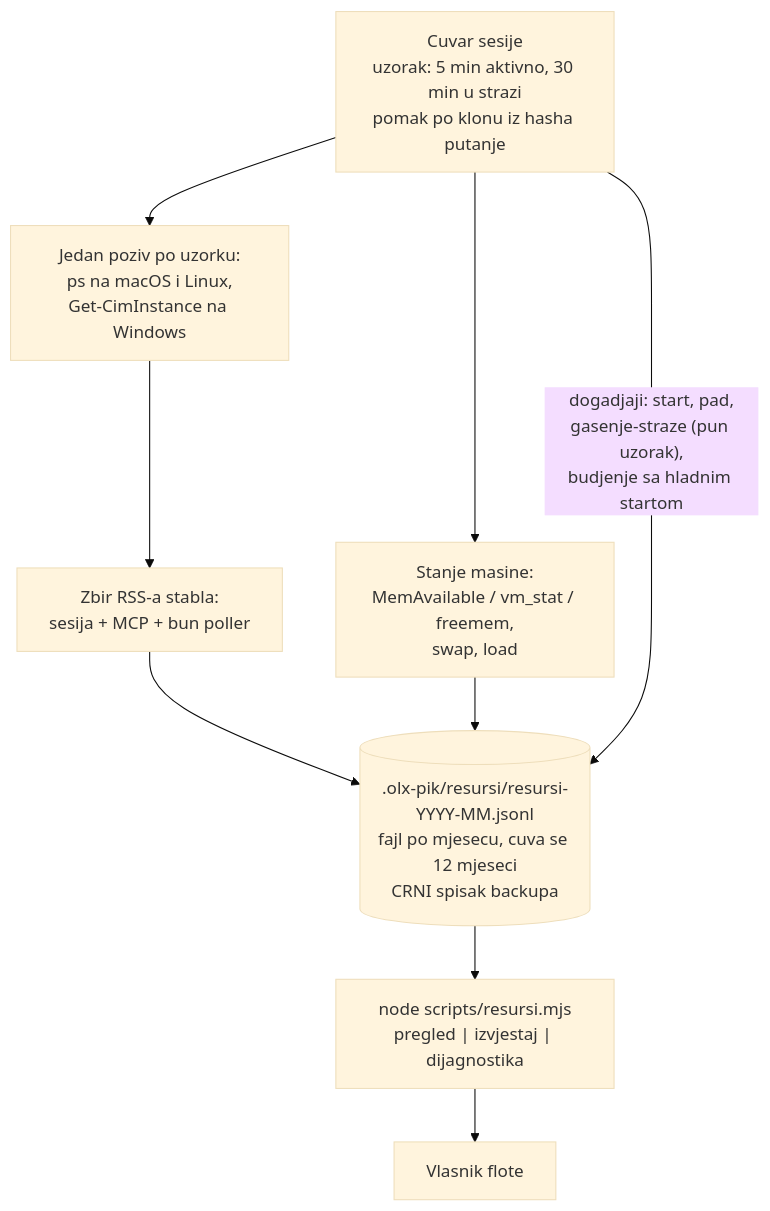
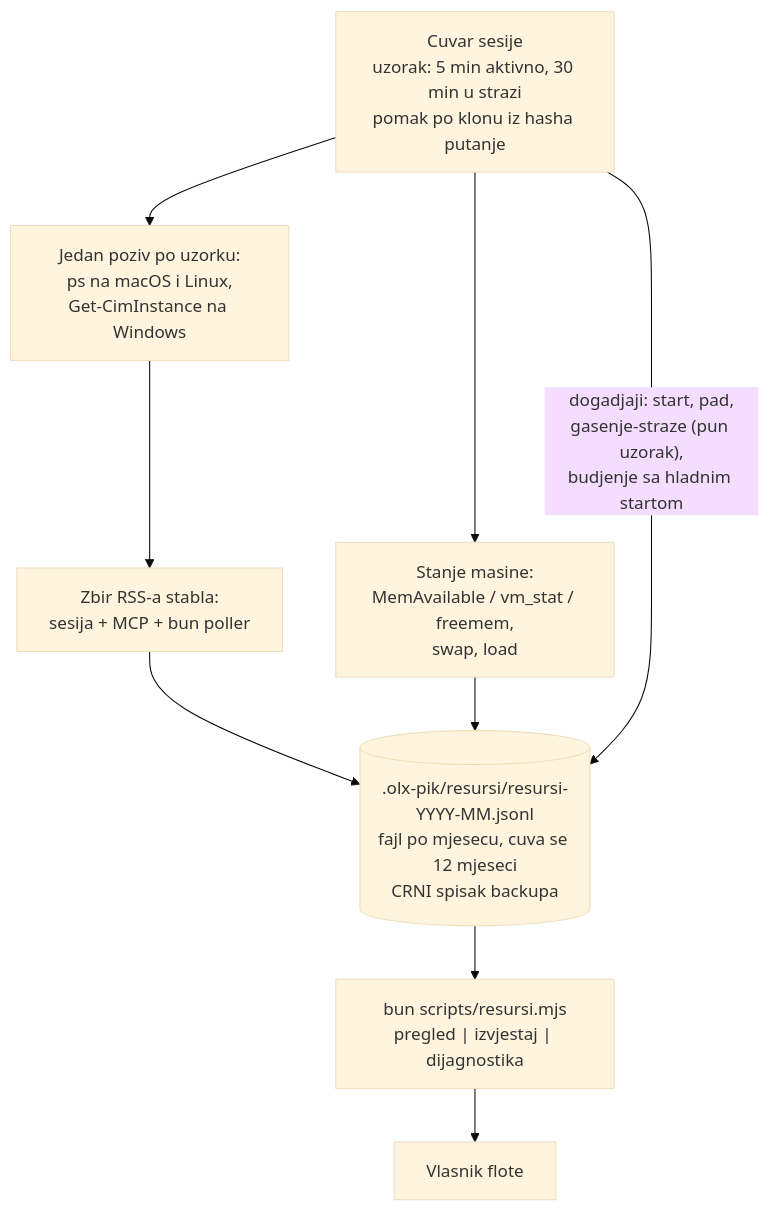
One commit to mob-dev-org/olx-mcp-api changed the ninth of 9 diagrams in olx-dokumentacija/arhitektura.md. Above: the diagram before and after it, drawn with Mermaid (base theme). The commit also changed other lines of this file and 92 other files, not shown here.

````diff
--- a/olx-dokumentacija/arhitektura.md
+++ b/olx-dokumentacija/arhitektura.md
@@ -520,15 +520,15 @@
 ```mermaid
 flowchart TB
     cuvar["Cuvar sesije<br/>uzorak: 5 min aktivno, 30 min u strazi<br/>pomak po klonu iz hasha putanje"]
     ps["Jedan poziv po uzorku:<br/>ps na macOS i Linux,<br/>Get-CimInstance na Windows"]
     stablo["Zbir RSS-a stabla:<br/>sesija + MCP + bun poller"]
     masina["Stanje masine:<br/>MemAvailable / vm_stat / freemem,<br/>swap, load"]
     jsonl[(".olx-pik/resursi/resursi-YYYY-MM.jsonl<br/>fajl po mjesecu, cuva se 12 mjeseci<br/>CRNI spisak backupa")]
-    cli["node scripts/resursi.mjs<br/>pregled | izvjestaj | dijagnostika"]
+    cli["bun scripts/resursi.mjs<br/>pregled | izvjestaj | dijagnostika"]
     covjek["Vlasnik flote"]
 
     cuvar --> ps --> stablo --> jsonl
     cuvar --> masina --> jsonl
     cuvar -->|"dogadjaji: start, pad,<br/>gasenje-straze (pun uzorak),<br/>budjenje sa hladnim startom"| jsonl
     jsonl --> cli --> covjek
 ```
````
